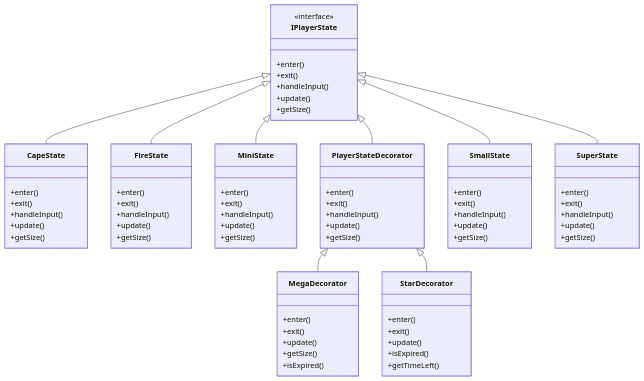
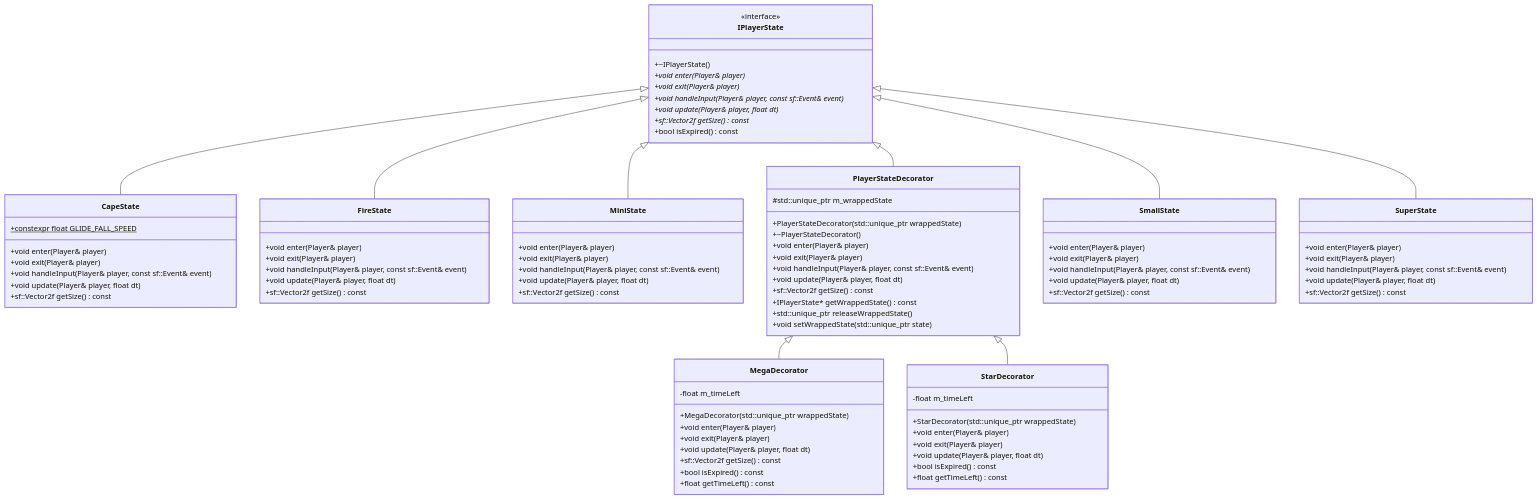
The fifth of 6 diagrams in class_diagram.md (ndmhuy/SuperMarioGame), drawn with Mermaid before and after one commit. The commit also changed other lines of this file and 9 other files, not shown here.

```diff
--- a/class_diagram.md
+++ b/class_diagram.md
@@ -625,67 +1518,81 @@
 classDiagram
     class IPlayerState {
         <<interface>>
-        +enter()
-        +exit()
-        +handleInput()
-        +update()
-        +getSize()
+        +~IPlayerState()
+        +void enter(Player& player)*
+        +void exit(Player& player)*
+        +void handleInput(Player& player, const sf::Event& event)*
+        +void update(Player& player, float dt)*
+        +sf::Vector2f getSize() const*
+        +bool isExpired() const
     }
     class CapeState {
-        +enter()
-        +exit()
-        +handleInput()
-        +update()
-        +getSize()
+        +constexpr float GLIDE_FALL_SPEED$
+        +void enter(Player& player)
+        +void exit(Player& player)
+        +void handleInput(Player& player, const sf::Event& event)
+        +void update(Player& player, float dt)
+        +sf::Vector2f getSize() const
     }
     class FireState {
-        +enter()
-        +exit()
-        +handleInput()
-        +update()
-        +getSize()
+        +void enter(Player& player)
+        +void exit(Player& player)
+        +void handleInput(Player& player, const sf::Event& event)
+        +void update(Player& player, float dt)
+        +sf::Vector2f getSize() const
     }
     class MiniState {
-        +enter()
-        +exit()
-        +handleInput()
-        +update()
-        +getSize()
+        +void enter(Player& player)
+        +void exit(Player& player)
+        +void handleInput(Player& player, const sf::Event& event)
+        +void update(Player& player, float dt)
+        +sf::Vector2f getSize() const
     }
     class PlayerStateDecorator {
-        +enter()
-        +exit()
-        +handleInput()
-        +update()
-        +getSize()
+        #std::unique_ptr<IPlayerState> m_wrappedState
+        +PlayerStateDecorator(std::unique_ptr<IPlayerState> wrappedState)
+        +~PlayerStateDecorator()
+        +void enter(Player& player)
+        +void exit(Player& player)
+        +void handleInput(Player& player, const sf::Event& event)
+        +void update(Player& player, float dt)
+        +sf::Vector2f getSize() const
+        +IPlayerState* getWrappedState() const
+        +std::unique_ptr<IPlayerState> releaseWrappedState()
+        +void setWrappedState(std::unique_ptr<IPlayerState> state)
     }
     class MegaDecorator {
-        +enter()
-        +exit()
-        +update()
-        +getSize()
-        +isExpired()
+        -float m_timeLeft
+        +MegaDecorator(std::unique_ptr<IPlayerState> wrappedState)
+        +void enter(Player& player)
+        +void exit(Player& player)
+        +void update(Player& player, float dt)
+        +sf::Vector2f getSize() const
+        +bool isExpired() const
+        +float getTimeLeft() const
     }
     class StarDecorator {
-        +enter()
-        +exit()
-        +update()
-        +isExpired()
-        +getTimeLeft()
+        -float m_timeLeft
+        +StarDecorator(std::unique_ptr<IPlayerState> wrappedState)
+        +void enter(Player& player)
+        +void exit(Player& player)
+        +void update(Player& player, float dt)
+        +bool isExpired() const
+        +float getTimeLeft() const
     }
     class SmallState {
-        +enter()
-        +exit()
-        +handleInput()
-        +update()
-        +getSize()
+        +void enter(Player& player)
+        +void exit(Player& player)
+        +void handleInput(Player& player, const sf::Event& event)
+        +void update(Player& player, float dt)
+        +sf::Vector2f getSize() const
     }
     class SuperState {
-        +enter()
-        +exit()
-        +handleInput()
-        +update()
-        +getSize()
+        +void enter(Player& player)
+        +void exit(Player& player)
+        +void handleInput(Player& player, const sf::Event& event)
+        +void update(Player& player, float dt)
+        +sf::Vector2f getSize() const
     }
     IPlayerState <|-- CapeState
     IPlayerState <|-- FireState
```
